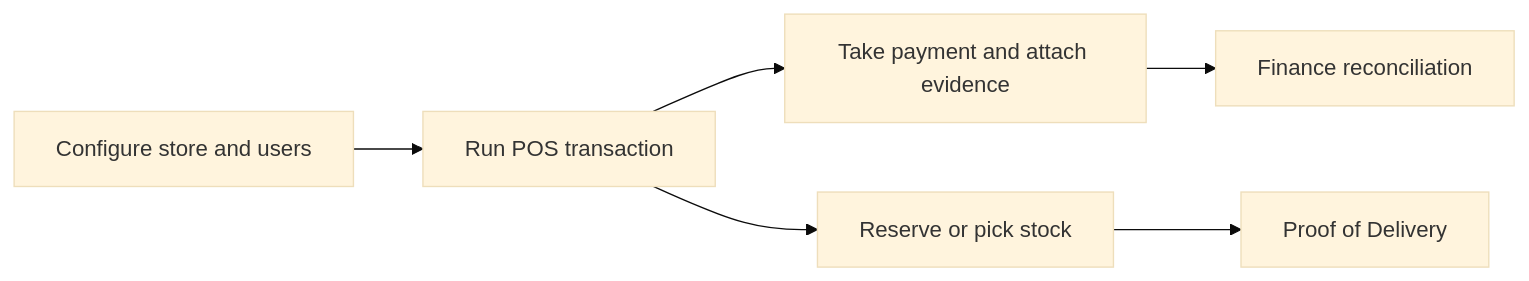
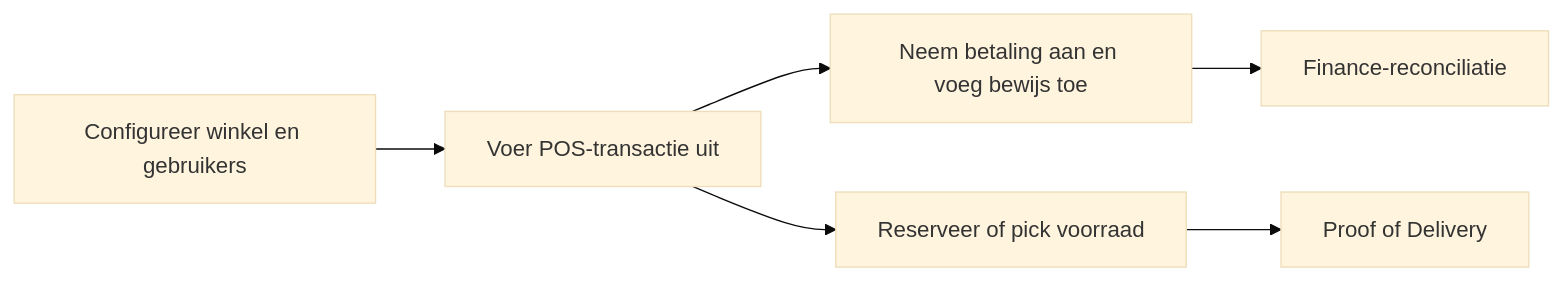
Before and after one commit to gitbook-demo-sites/aiden-demo-site-20260625: the diagram in retail-commerce/README.md, drawn with Mermaid (base theme). The commit also changed other lines of this file and 32 other files, not shown here.

````diff
--- a/retail-commerce/README.md
+++ b/retail-commerce/README.md
@@ -32,8 +34,8 @@
 ```mermaid
 flowchart LR
-    Setup[Configure store and users] --> Sell[Run POS transaction]
-    Sell --> Pay[Take payment and attach evidence]
-    Sell --> Fulfill[Reserve or pick stock]
+    Setup[Configureer winkel en gebruikers] --> Sell[Voer POS-transactie uit]
+    Sell --> Pay[Neem betaling aan en voeg bewijs toe]
+    Sell --> Fulfill[Reserveer of pick voorraad]
     Fulfill --> Deliver[Proof of Delivery]
-    Pay --> Reconcile[Finance reconciliation]
+    Pay --> Reconcile[Finance-reconciliatie]
 ```
````
